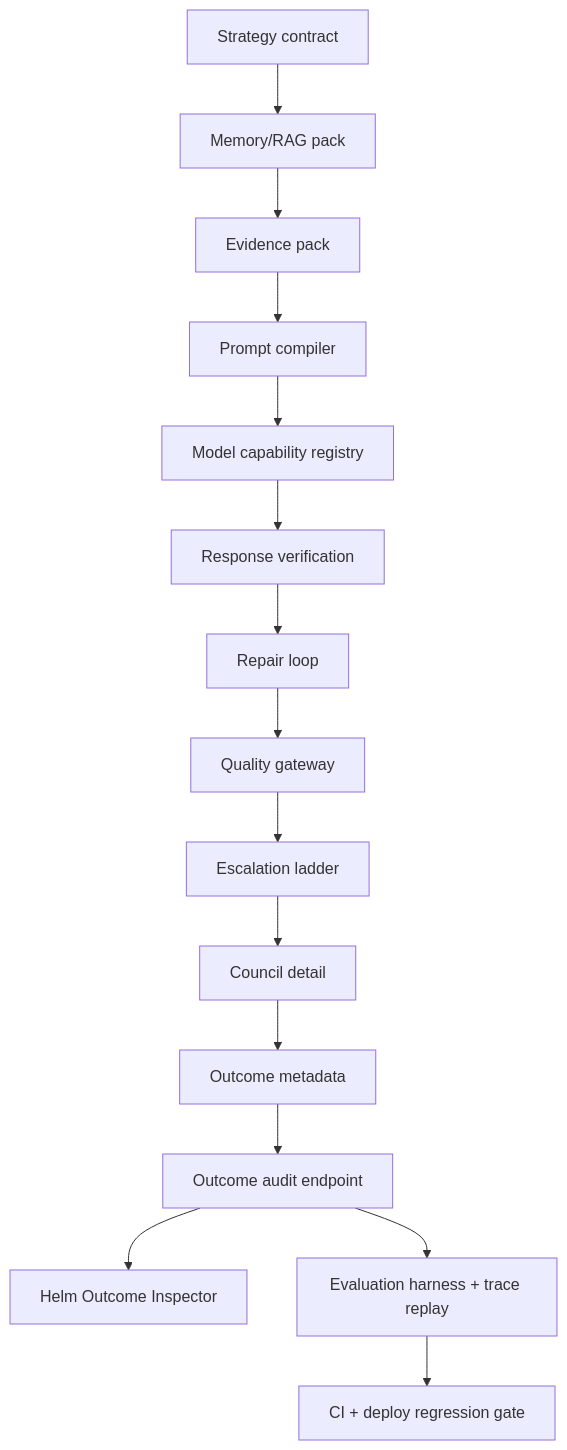
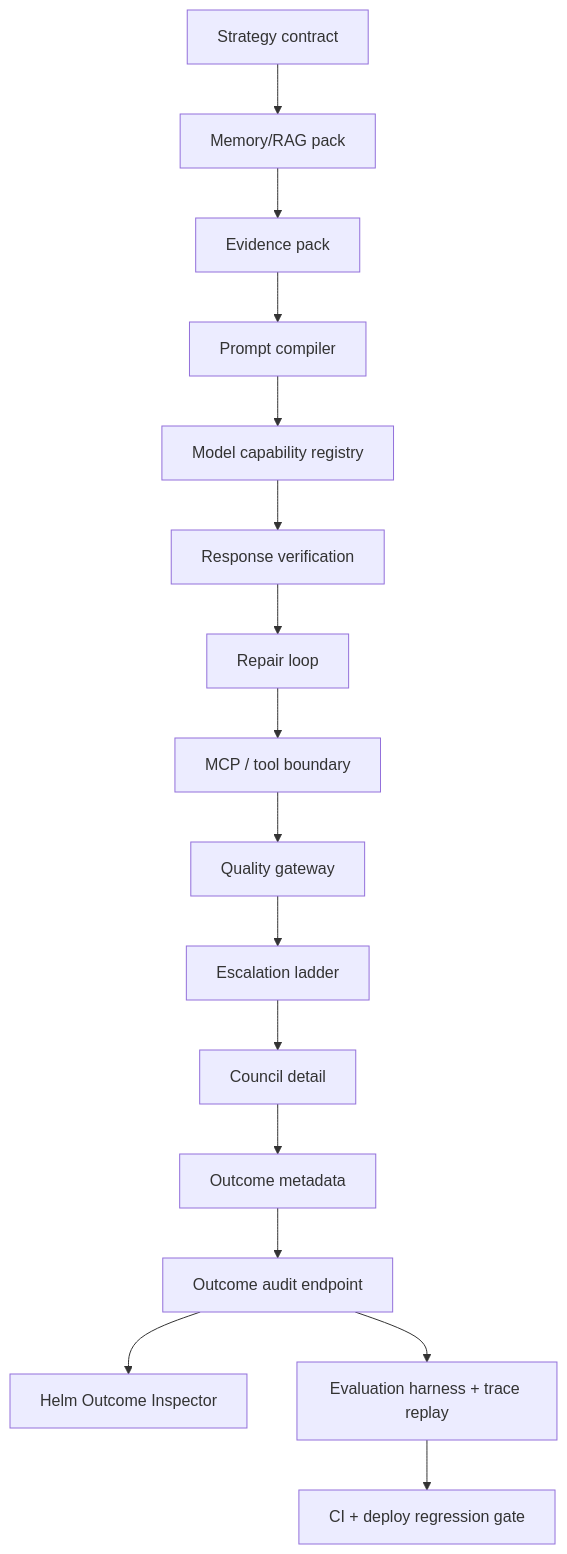
Before and after one commit to kphaas/jarvis-alpha: the second of 2 diagrams in docs/audit/AT0_CHAT_QUALITY_ARCHITECTURE_GAP_LEDGER_2026-07-09.md, drawn with Mermaid. The commit also changed other lines of this file and 7 other files, not shown here.

Commit message:
feat(chat): add MCP tool boundary (#687)

````diff
--- a/docs/audit/AT0_CHAT_QUALITY_ARCHITECTURE_GAP_LEDGER_2026-07-09.md
+++ b/docs/audit/AT0_CHAT_QUALITY_ARCHITECTURE_GAP_LEDGER_2026-07-09.md
@@ -29,17 +30,18 @@
 ```mermaid
 flowchart TD
     S["Strategy contract"] --> M["Memory/RAG pack"]
     M --> C["Evidence pack"]
     C --> P["Prompt compiler"]
     P --> R["Model capability registry"]
     R --> V["Response verification"]
     V --> RL["Repair loop"]
-    RL --> Q["Quality gateway"]
+    RL --> TB["MCP / tool boundary"]
+    TB --> Q["Quality gateway"]
     Q --> E["Escalation ladder"]
     E --> D["Council detail"]
     D --> O["Outcome metadata"]
     O --> A["Outcome audit endpoint"]
     A --> H["Helm Outcome Inspector"]
     A --> EV["Evaluation harness + trace replay"]
     EV --> G["CI + deploy regression gate"]
 ```
````
